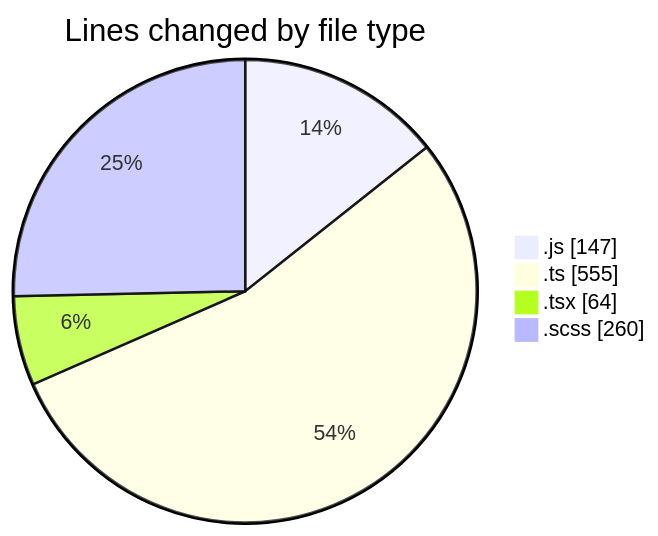
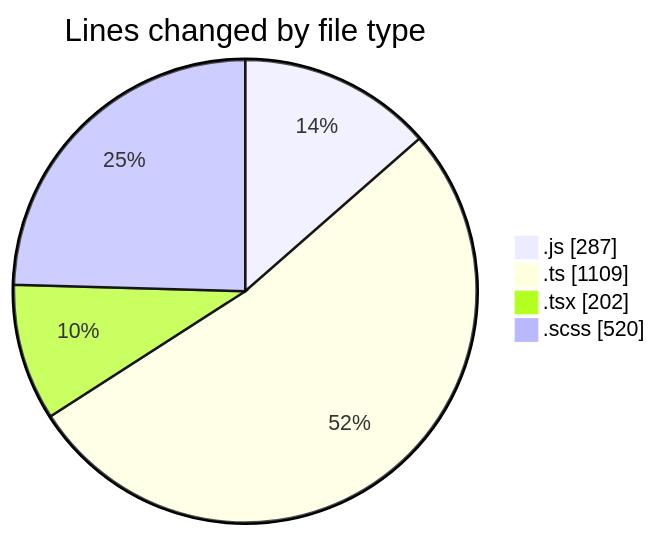
One commit to momahboobian/code-tracking changed the first of 2 diagrams in 2025-06-18/cda/README.md. Above: the diagram before and after it, drawn with Mermaid. The commit also changed other lines of this file and 1 other file, not shown here.

````diff
--- a/2025-06-18/cda/README.md
+++ b/2025-06-18/cda/README.md
@@ -37,8 +39,8 @@
 ```mermaid
 pie showData
 title Lines changed by file type
-".js" : 147
-".ts" : 555
-".tsx" : 64
-".scss" : 260
+".js" : 287
+".ts" : 1109
+".tsx" : 202
+".scss" : 520
 ```
````
